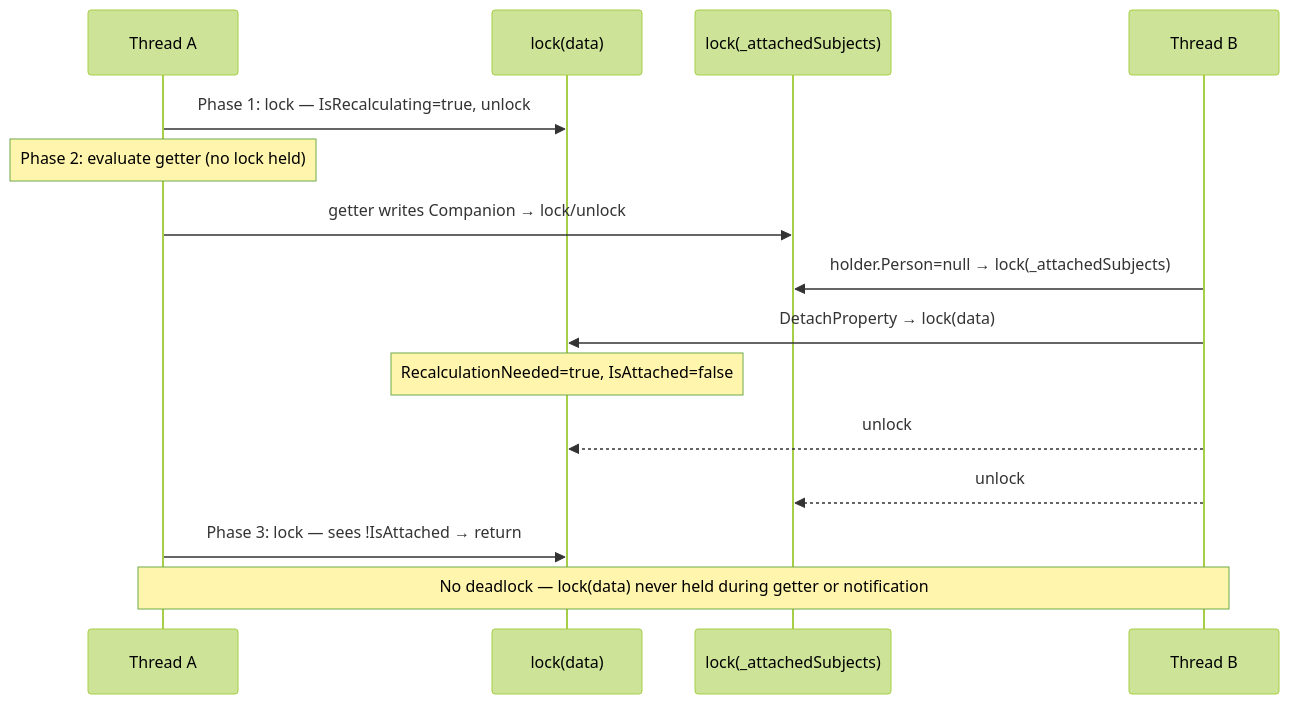
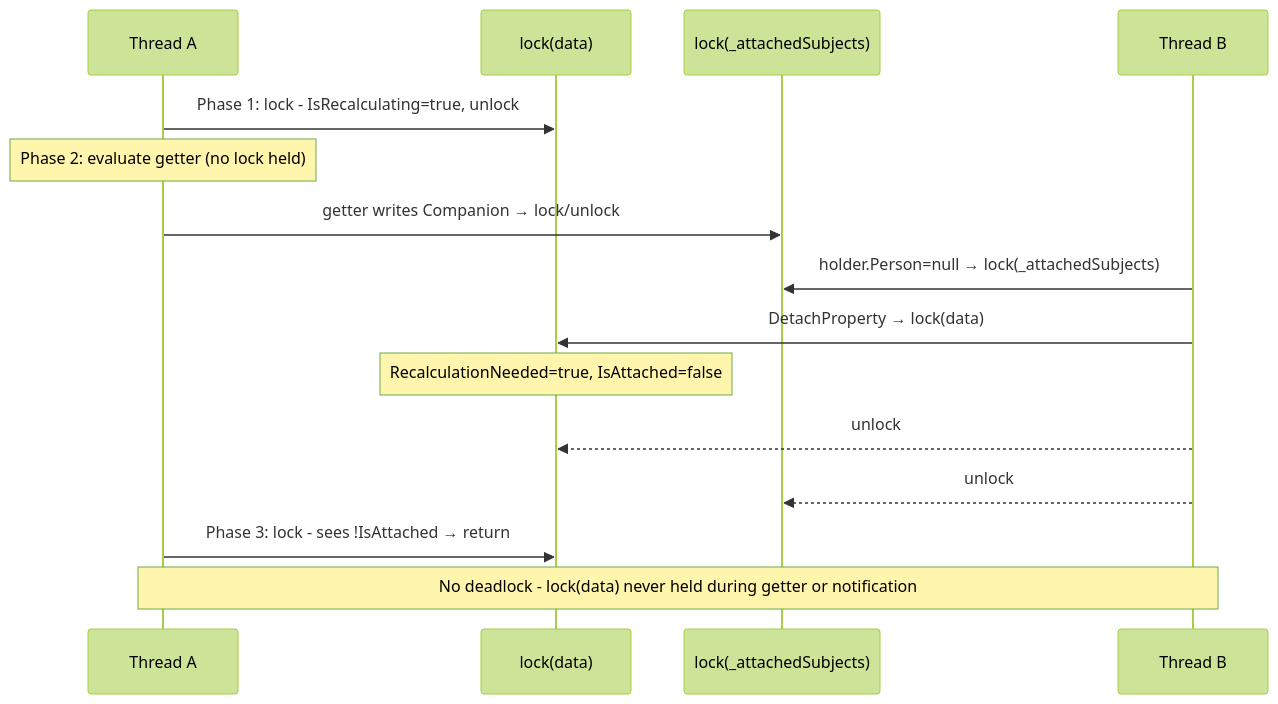
Before and after one commit to RicoSuter/Namotion.Interceptor: the fifth of 7 diagrams in docs/design/tracking-derived-properties.md, drawn with Mermaid (forest theme). The commit also changed other lines of this file and 5 other files, not shown here.

````diff
--- a/docs/design/tracking-derived-properties.md
+++ b/docs/design/tracking-derived-properties.md
@@ -475,18 +475,18 @@
 ```mermaid
 sequenceDiagram
     participant A as Thread A
     participant DL as lock(data)
     participant AL as lock(_attachedSubjects)
     participant B as Thread B
 
-    A->>DL: Phase 1: lock — IsRecalculating=true, unlock
+    A->>DL: Phase 1: lock - IsRecalculating=true, unlock
     Note over A: Phase 2: evaluate getter (no lock held)
     A->>AL: getter writes Companion → lock/unlock
     B->>AL: holder.Person=null → lock(_attachedSubjects)
     B->>DL: DetachProperty → lock(data)
     Note over DL: RecalculationNeeded=true, IsAttached=false
     B-->>DL: unlock
     B-->>AL: unlock
-    A->>DL: Phase 3: lock — sees !IsAttached → return
-    Note over A,B: No deadlock — lock(data) never held during getter or notification
+    A->>DL: Phase 3: lock - sees !IsAttached → return
+    Note over A,B: No deadlock - lock(data) never held during getter or notification
 ```
````
